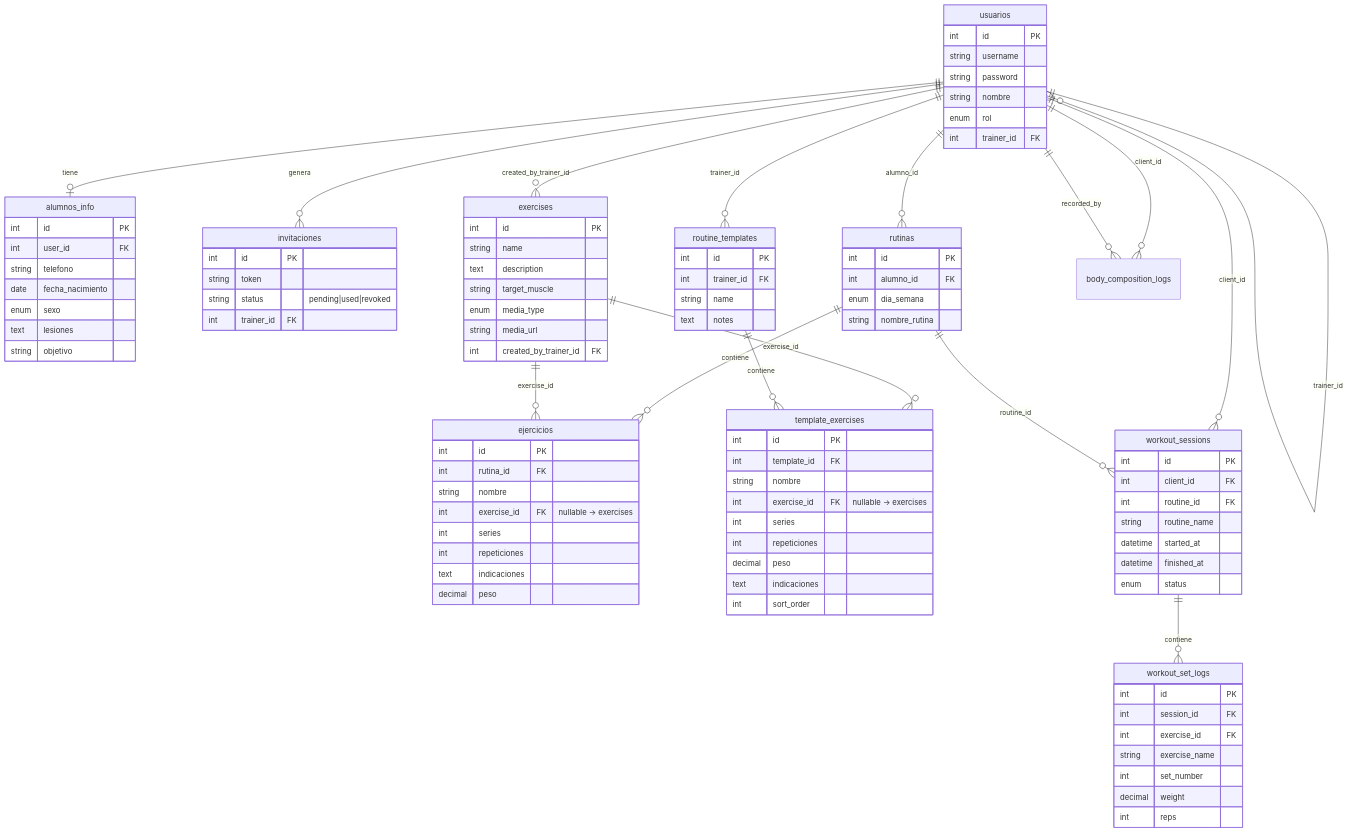
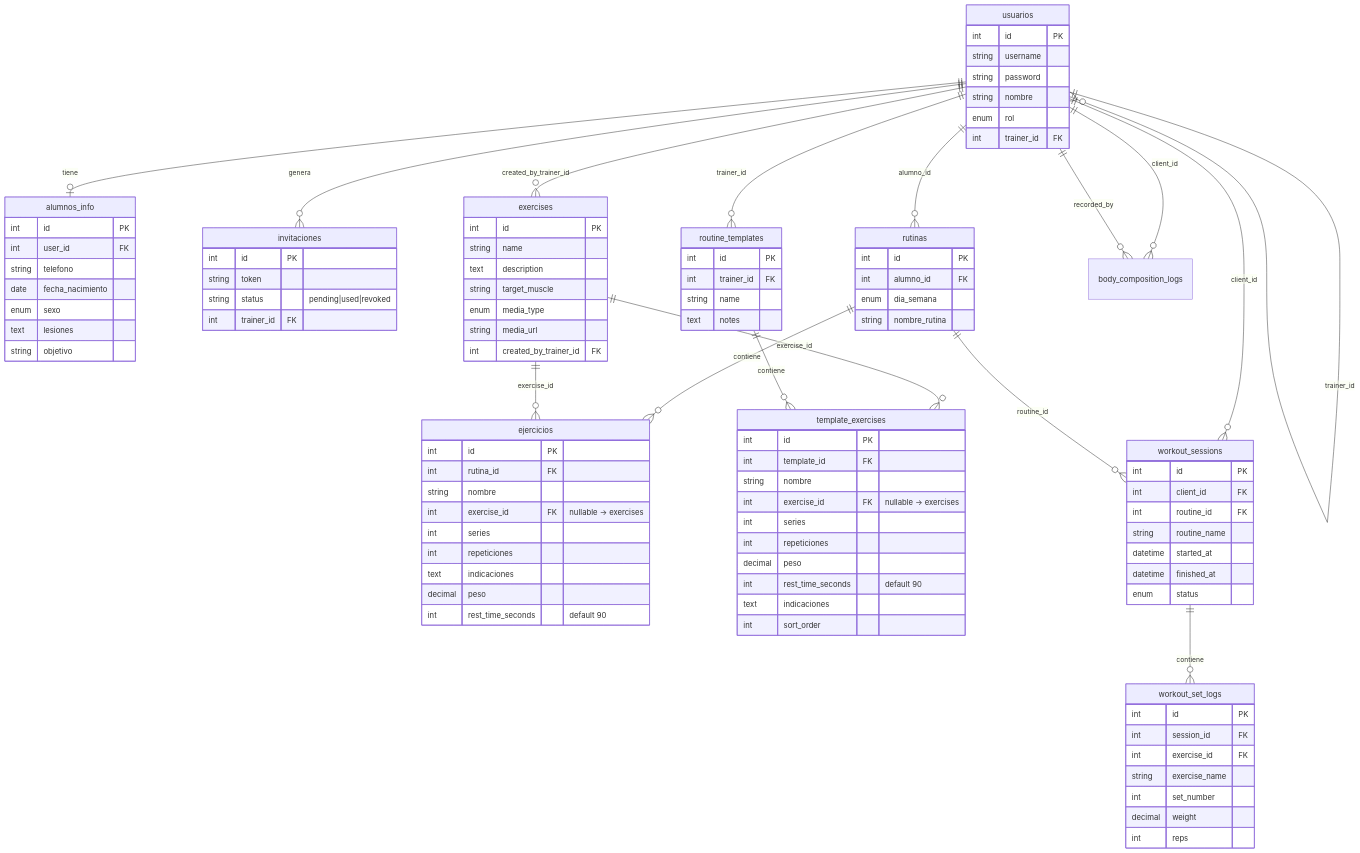
One commit to Jhon-Fuenwhv2024/appEntrenador changed the diagram in appEntrenador/docs/database-schema.md. Above: the diagram before and after it, drawn with Mermaid. The commit also changed other lines of this file and 17 other files, not shown here.

```diff
--- a/appEntrenador/docs/database-schema.md
+++ b/appEntrenador/docs/database-schema.md
@@ -57,6 +57,7 @@
     int repeticiones
     text indicaciones
     decimal peso
+    int rest_time_seconds "default 90"
   }
 
   exercises {
@@ -111,6 +112,7 @@
     int series
     int repeticiones
     decimal peso
+    int rest_time_seconds "default 90"
     text indicaciones
     int sort_order
   }
```
